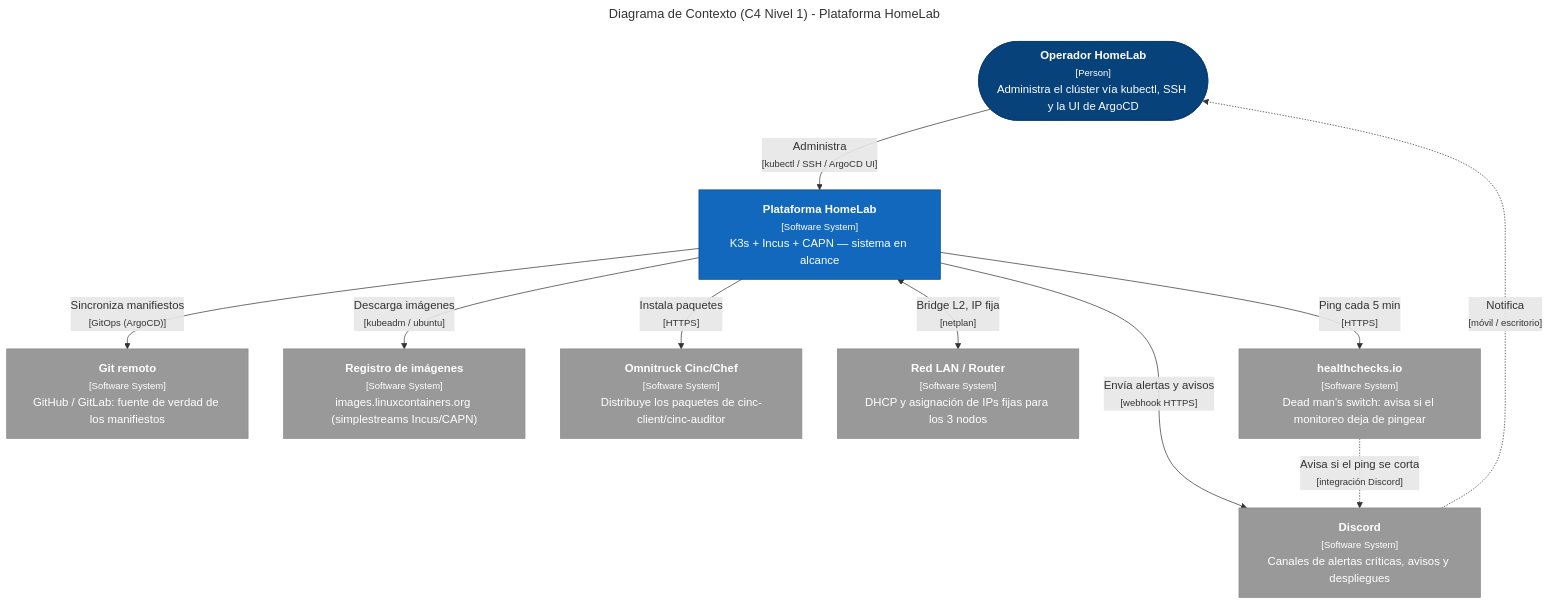
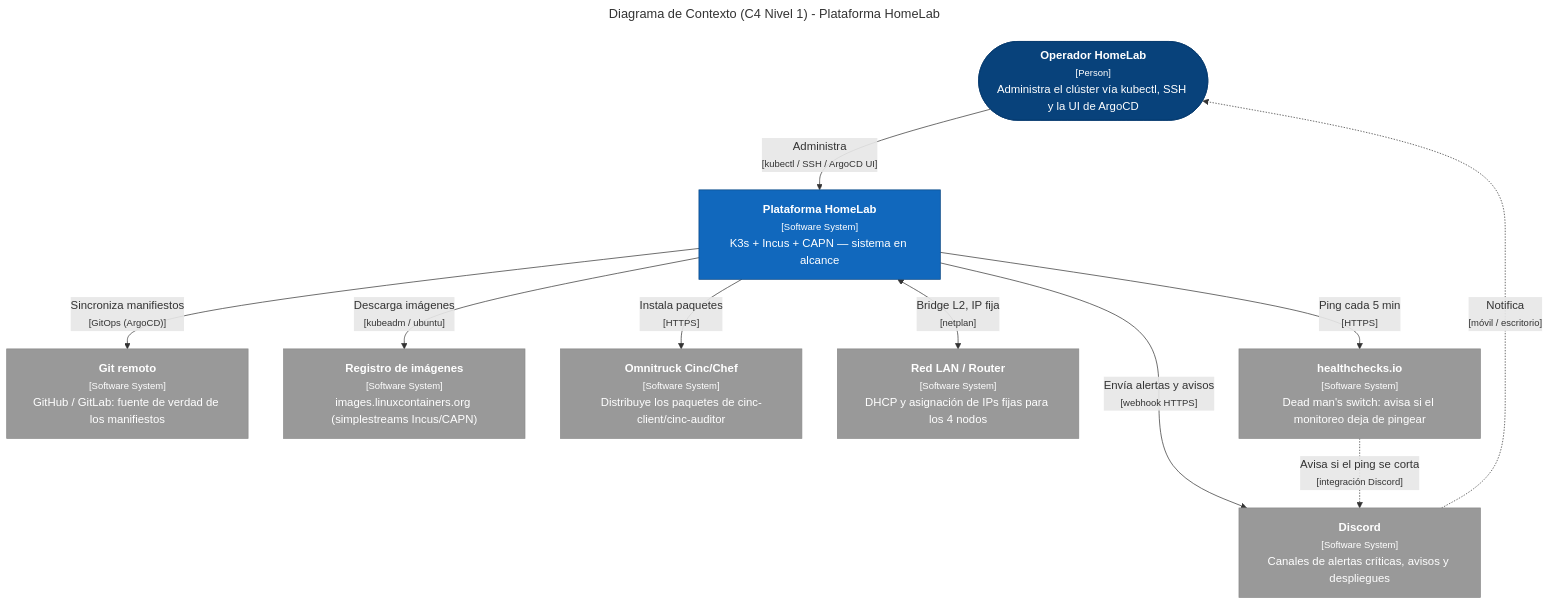
One commit to maceosoft/homelab changed the first of 2 diagrams in docs/architecture/overview.en.md. Above: the diagram before and after it, drawn with Mermaid. The commit also changed other lines of this file and 161 other files, not shown here.

````diff
--- a/docs/architecture/overview.en.md
+++ b/docs/architecture/overview.en.md
@@ -36,36 +29,36 @@
 ```mermaid
 ---
 title: Diagrama de Contexto (C4 Nivel 1) - Plataforma HomeLab
 config:
   flowchart:
     wrappingWidth: 280
 ---
 flowchart TB
     operador(["<span style='color:#fff'><b>Operador HomeLab</b><br/><small>[Person]</small><br/>Administra el clúster vía kubectl, SSH y la UI de ArgoCD</span>"])
     plataforma["<span style='color:#fff'><b>Plataforma HomeLab</b><br/><small>[Software System]</small><br/>K3s + Incus + CAPN — sistema en alcance</span>"]
     git["<span style='color:#fff'><b>Git remoto</b><br/><small>[Software System]</small><br/>GitHub / GitLab: fuente de verdad de los manifiestos</span>"]
     registro["<span style='color:#fff'><b>Registro de imágenes</b><br/><small>[Software System]</small><br/>images.linuxcontainers.org (simplestreams Incus/CAPN)</span>"]
     omnitruck["<span style='color:#fff'><b>Omnitruck Cinc/Chef</b><br/><small>[Software System]</small><br/>Distribuye los paquetes de cinc-client/cinc-auditor</span>"]
-    lan["<span style='color:#fff'><b>Red LAN / Router</b><br/><small>[Software System]</small><br/>DHCP y asignación de IPs fijas para los 3 nodos</span>"]
+    lan["<span style='color:#fff'><b>Red LAN / Router</b><br/><small>[Software System]</small><br/>DHCP y asignación de IPs fijas para los 4 nodos</span>"]
     discord["<span style='color:#fff'><b>Discord</b><br/><small>[Software System]</small><br/>Canales de alertas críticas, avisos y despliegues</span>"]
     healthchecks["<span style='color:#fff'><b>healthchecks.io</b><br/><small>[Software System]</small><br/>Dead man's switch: avisa si el monitoreo deja de pingear</span>"]
 
     operador -->|"Administra<br/><small>[kubectl / SSH / ArgoCD UI]</small>"| plataforma
     plataforma -->|"Sincroniza manifiestos<br/><small>[GitOps (ArgoCD)]</small>"| git
     plataforma -->|"Descarga imágenes<br/><small>[kubeadm / ubuntu]</small>"| registro
     plataforma -->|"Instala paquetes<br/><small>[HTTPS]</small>"| omnitruck
     plataforma <-->|"Bridge L2, IP fija<br/><small>[netplan]</small>"| lan
     plataforma -->|"Envía alertas y avisos<br/><small>[webhook HTTPS]</small>"| discord
     plataforma -->|"Ping cada 5 min<br/><small>[HTTPS]</small>"| healthchecks
     healthchecks -.->|"Avisa si el ping se corta<br/><small>[integración Discord]</small>"| discord
     discord -.->|"Notifica<br/><small>[móvil / escritorio]</small>"| operador
 
     classDef person fill:#08427B,stroke:#073B6F,color:#fff
     classDef system fill:#1168BD,stroke:#0B4884,color:#fff
     classDef container fill:#438DD5,stroke:#3C7FC0,color:#fff
     classDef component fill:#85BBF0,stroke:#78A8D8,color:#000
     classDef external fill:#999999,stroke:#8A8A8A,color:#fff
     class operador person
     class plataforma system
     class git,registro,omnitruck,lan,discord,healthchecks external
 ```
````
